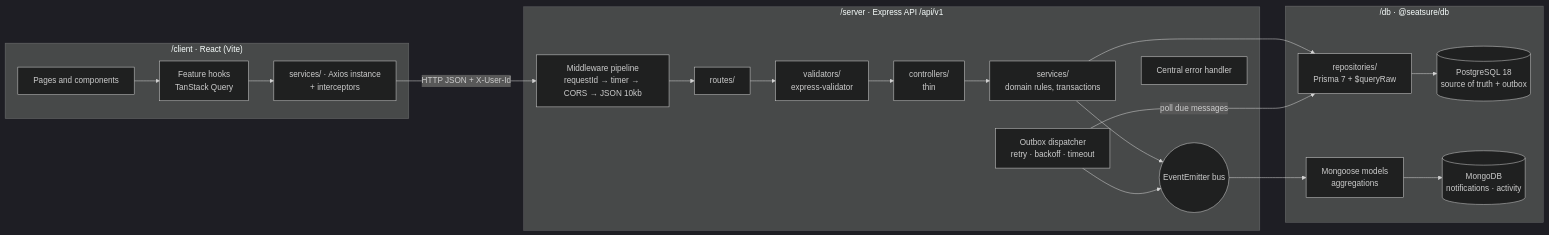
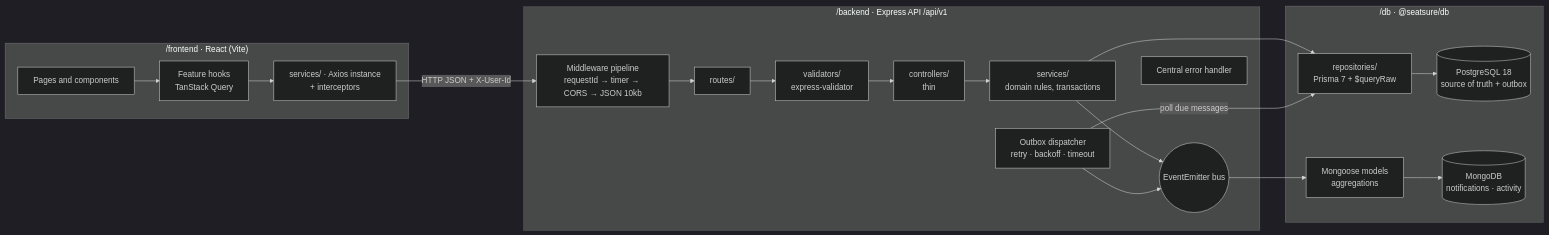
The diagram in README.md (bhvyashrma17/seatsure), drawn with Mermaid (dark theme) before and after one commit. The commit also changed other lines of this file and 209 other files, not shown here.

First line of the commit message:
Add a task CRUD feature, rename to frontend/backend, add short reports

````diff
--- a/README.md
+++ b/README.md
@@ -166,21 +168,21 @@
 ```mermaid
 flowchart LR
-  subgraph Client["/client · React (Vite)"]
+  subgraph Frontend["/frontend · React (Vite)"]
     UI[Pages and components] --> Hooks[Feature hooks<br/>TanStack Query]
     Hooks --> Svc[services/ · Axios instance<br/>+ interceptors]
   end
-  subgraph Server["/server · Express API /api/v1"]
+  subgraph Backend["/backend · Express API /api/v1"]
     MW[Middleware pipeline<br/>requestId → timer → CORS → JSON 10kb] --> R[routes/] --> V[validators/<br/>express-validator] --> C[controllers/<br/>thin] --> S[services/<br/>domain rules, transactions]
     S --> Bus((EventEmitter bus))
     D[Outbox dispatcher<br/>retry · backoff · timeout] --> Bus
     EH[Central error handler]
   end
   subgraph DB["/db · @seatsure/db"]
     Repo[repositories/<br/>Prisma 7 + $queryRaw] --> PG[(PostgreSQL 18<br/>source of truth + outbox)]
     Mongo[Mongoose models<br/>aggregations] --> MDB[(MongoDB<br/>notifications · activity)]
   end
   Svc -- "HTTP JSON + X-User-Id" --> MW
   S --> Repo
   D -- "poll due messages" --> Repo
   Bus --> Mongo
 ```
````
